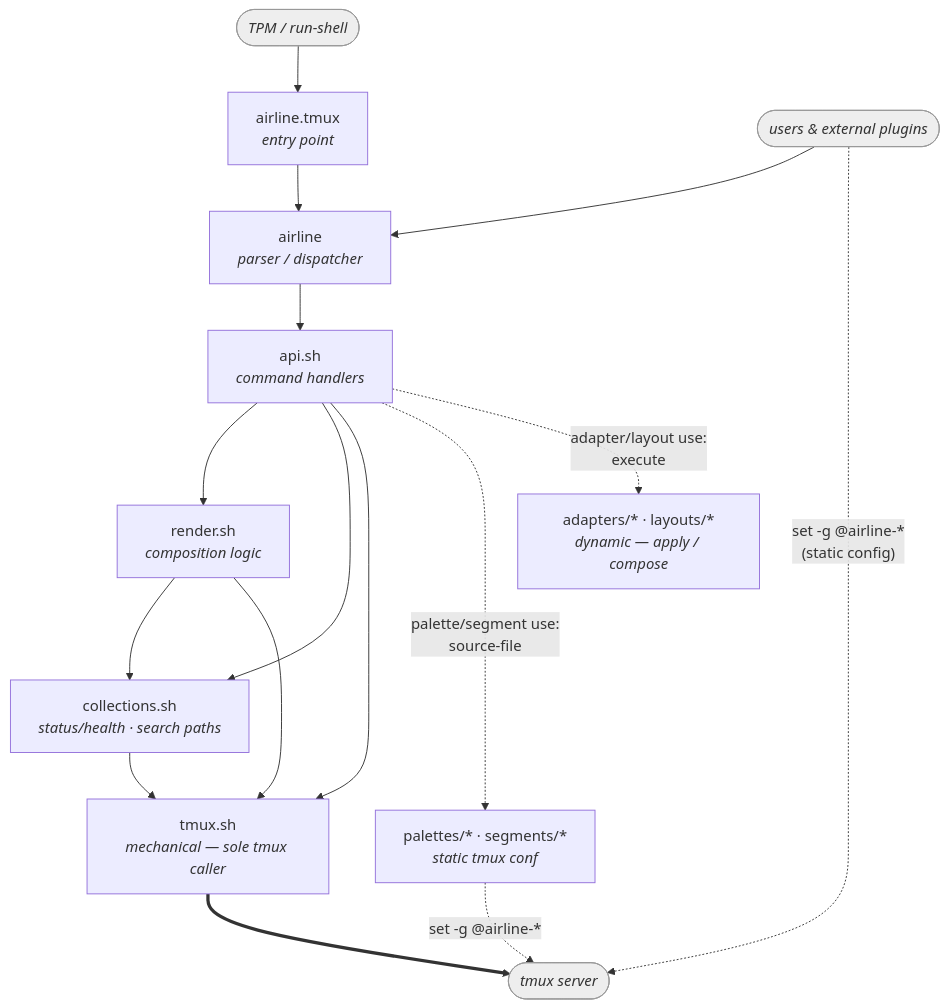
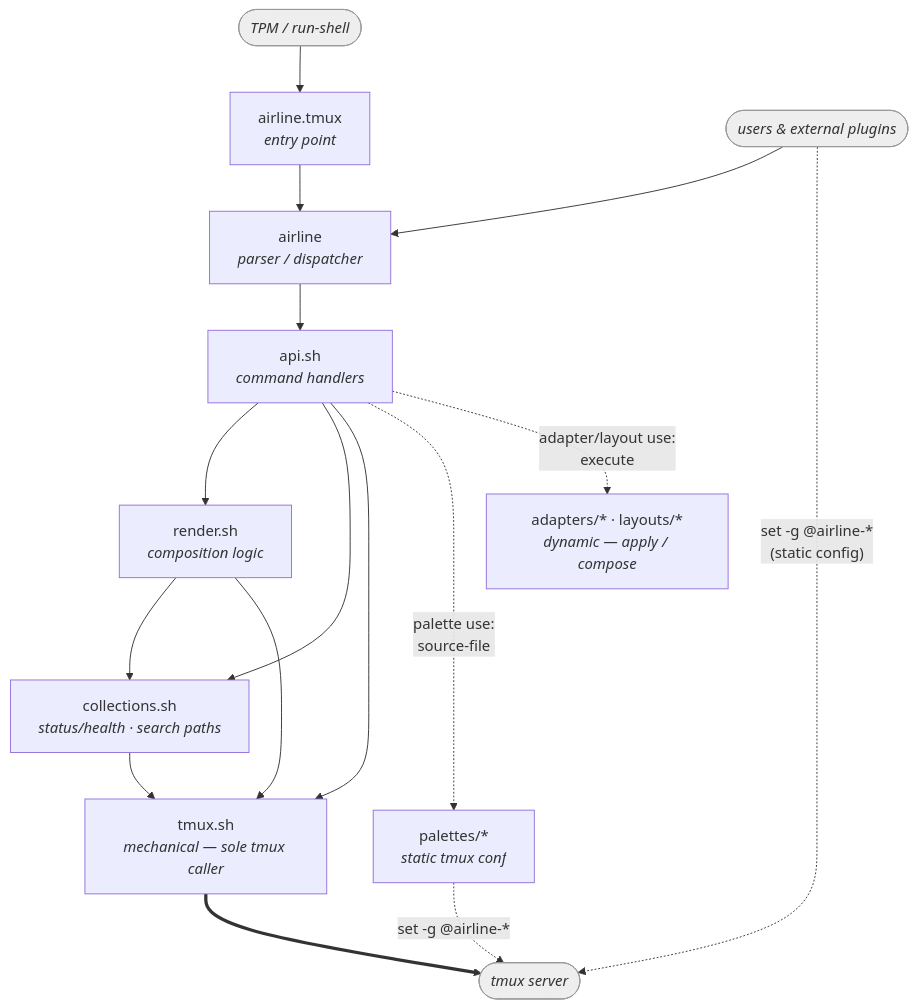
One commit to andrewjstryker/tmux-airline changed the first of 3 diagrams in DESIGN.md. Above: the diagram before and after it, drawn with Mermaid. The commit also changed other lines of this file and 12 other files, not shown here.

````diff
--- a/DESIGN.md
+++ b/DESIGN.md
@@ -95,20 +97,20 @@
 ```mermaid
 graph TD
     TPM([TPM / run-shell]):::ext --> ENTRY["airline.tmux<br/><i>entry point</i>"]
     EXT([users &amp; external plugins]):::ext --> CLI["airline<br/><i>parser / dispatcher</i>"]
     ENTRY --> CLI
     CLI --> API["api.sh<br/><i>command handlers</i>"]
     API --> LOGIC["render.sh<br/><i>composition logic</i>"]
     API --> COLL["collections.sh<br/><i>status/health · search paths</i>"]
     LOGIC --> COLL
     LOGIC --> MECH["tmux.sh<br/><i>mechanical — sole tmux caller</i>"]
     API --> MECH
     COLL --> MECH
     EXT -. "set -g @airline-*<br/>(static config)" .-> TMUX
-    API -. "palette/segment use:<br/>source-file" .-> STATIC["palettes/* · segments/*<br/><i>static tmux conf</i>"]
+    API -. "palette use:<br/>source-file" .-> STATIC["palettes/*<br/><i>static tmux conf</i>"]
     API -. "adapter/layout use:<br/>execute" .-> DYN["adapters/* · layouts/*<br/><i>dynamic — apply / compose</i>"]
     STATIC -. "set -g @airline-*" .-> TMUX
     MECH ==> TMUX([tmux server]):::ext
 
     classDef ext fill:#eee,stroke:#999,color:#333,font-style:italic;
 ```
````
